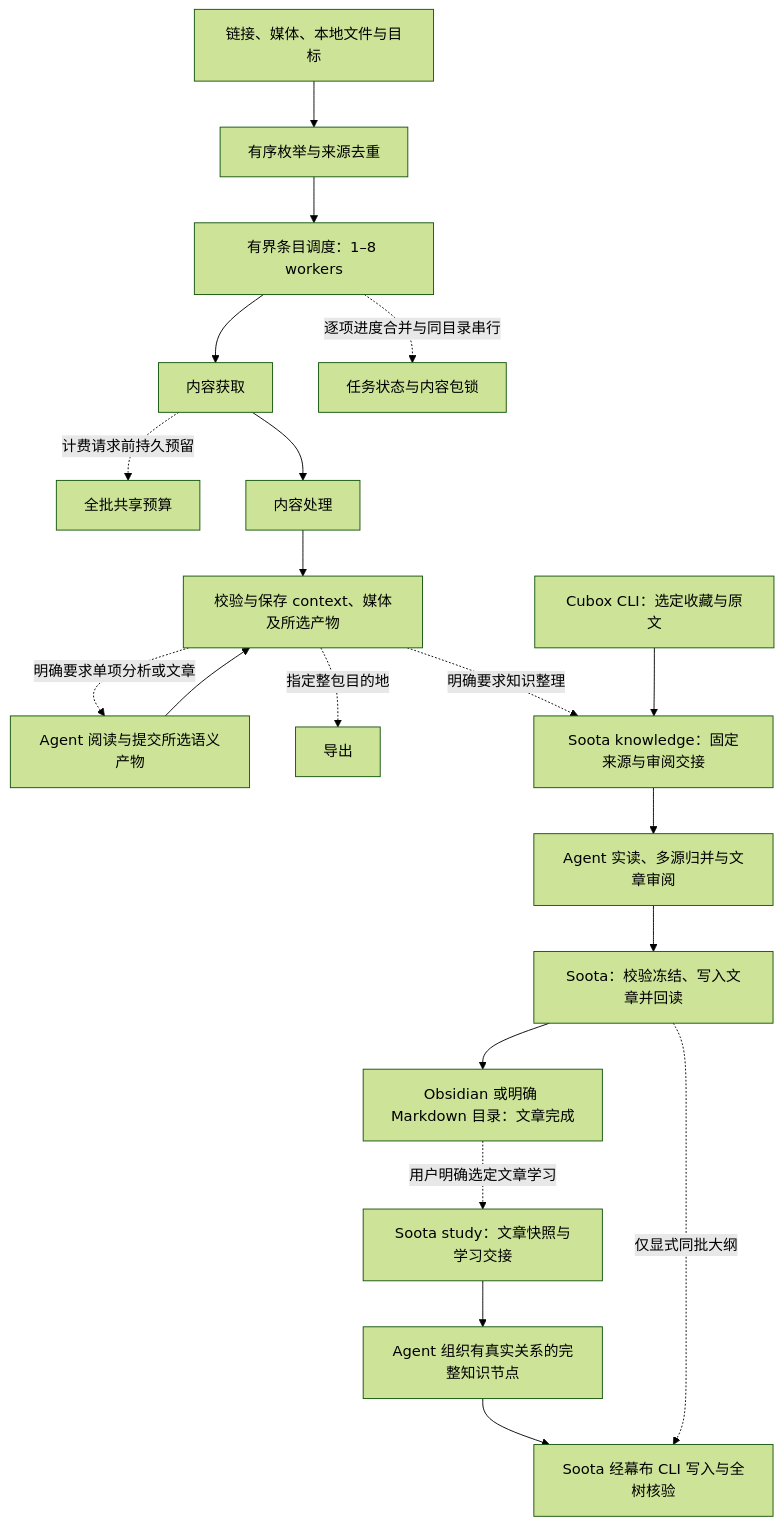
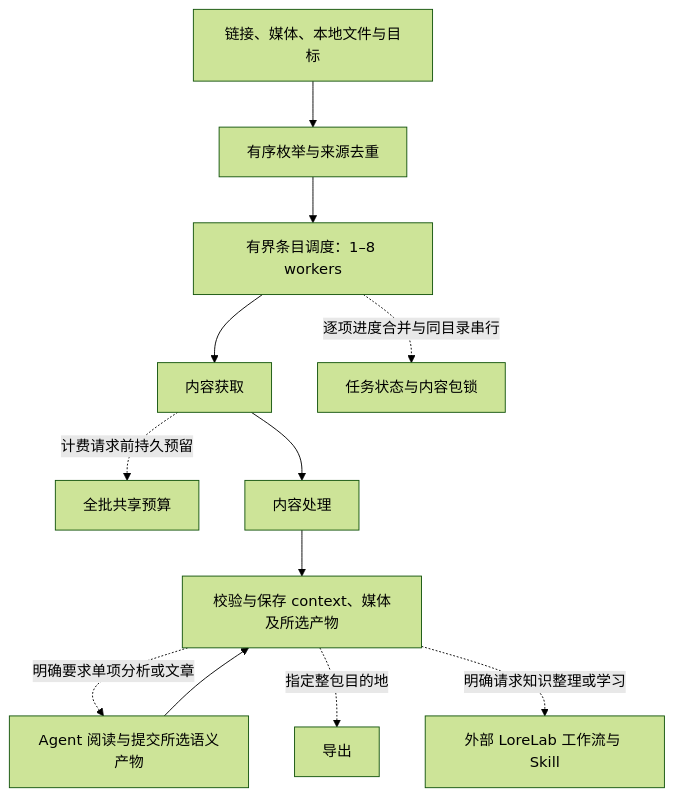
Before and after one commit to 0xTotoroX/lorelab: the first of 2 diagrams in modules/soota/docs/providers.md, drawn with Mermaid (forest theme). The commit also changed other lines of this file and 50 other files, not shown here.

Commit message:
refactor(workflows): move knowledge and study orchestration to LoreLab

````diff
--- a/modules/soota/docs/providers.md
+++ b/modules/soota/docs/providers.md
@@ -7,22 +7,15 @@
 ```mermaid
 flowchart TD
     A[链接、媒体、本地文件与目标] --> B[有序枚举与来源去重]
     B --> H[有界条目调度：1–8 workers]
     H --> C[内容获取]
     H -.逐项进度合并与同目录串行.-> S[任务状态与内容包锁]
     C -.计费请求前持久预留.-> Q[全批共享预算]
     C --> D[内容处理]
     D --> E[校验与保存 context、媒体及所选产物]
     E -.明确要求单项分析或文章.-> F[Agent 阅读与提交所选语义产物]
     F --> E
     E -.指定整包目的地.-> G[导出]
-    E -.明确要求知识整理.-> K[Soota knowledge：固定来源与审阅交接]
-    X[Cubox CLI：选定收藏与原文] --> K
-    K --> W[Agent 实读、多源归并与文章审阅]
-    W --> V[Soota：校验冻结、写入文章并回读]
-    V --> O[Obsidian 或明确 Markdown 目录：文章完成]
-    O -.用户明确选定文章学习.-> L[Soota study：文章快照与学习交接]
-    L --> T[Agent 组织有真实关系的完整知识节点]
-    T --> M[Soota 经幕布 CLI 写入与全树核验]
-    V -.仅显式同批大纲.-> M
+    E -.明确请求知识整理或学习.-> K[外部 LoreLab 工作流与 Skill]
+
 ```
````
